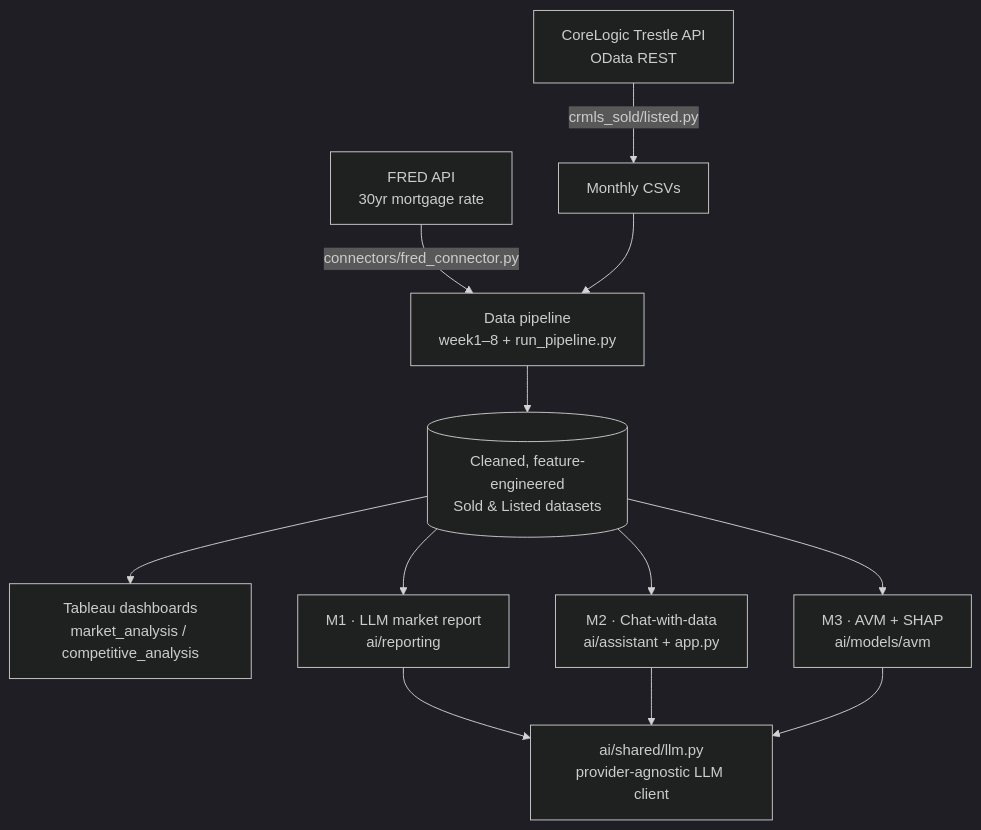
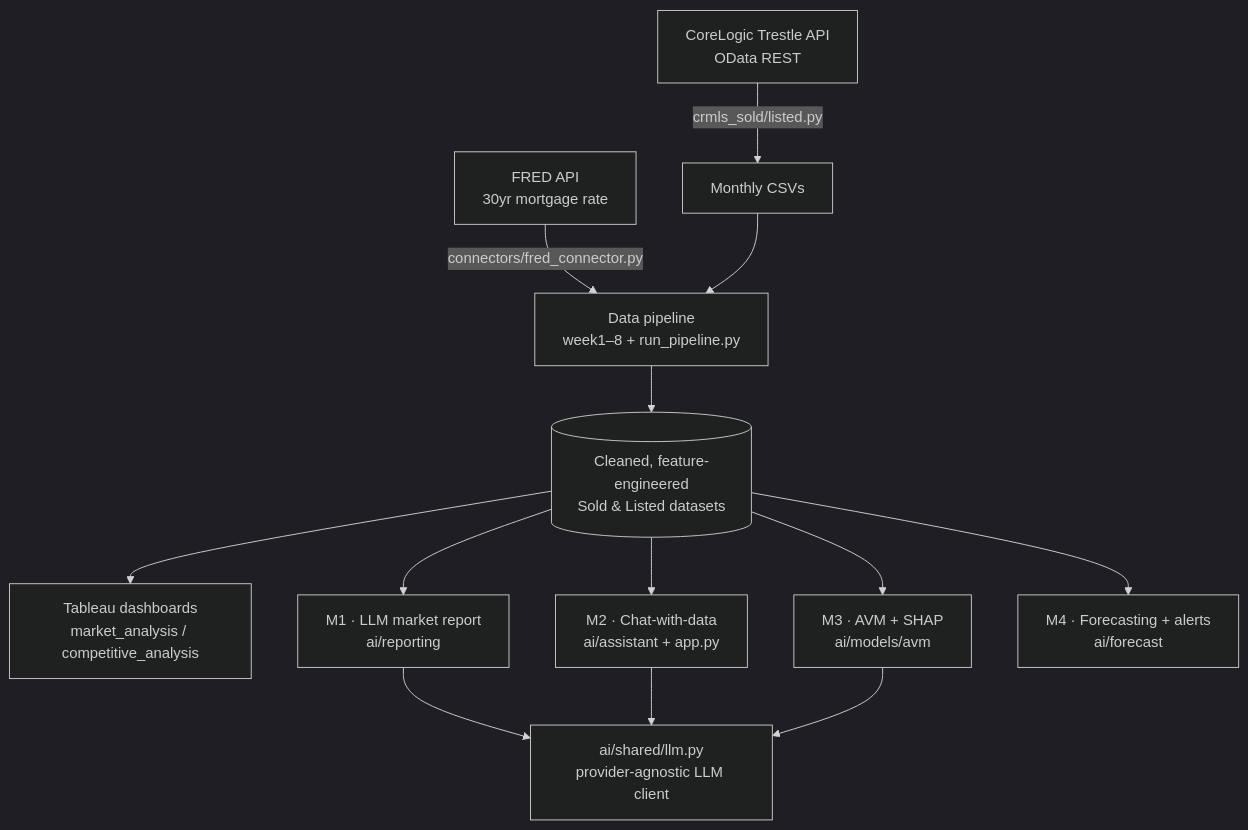
Before and after one commit to keeeeeeeee921/idxexchange_da: the diagram in README.md, drawn with Mermaid (dark theme). The commit also changed other lines of this file, not shown here.

Commit message:
Docs: add M4 forecasting to README

````diff
--- a/README.md
+++ b/README.md
@@ -23,12 +23,13 @@
 ```mermaid
 flowchart TD
     A[CoreLogic Trestle API<br/>OData REST] -->|crmls_sold/listed.py| B[Monthly CSVs]
     F[FRED API<br/>30yr mortgage rate] -->|connectors/fred_connector.py| C
     B --> C[Data pipeline<br/>week1–8 + run_pipeline.py]
     C --> D[(Cleaned, feature-engineered<br/>Sold & Listed datasets)]
     D --> E[Tableau dashboards<br/>market_analysis / competitive_analysis]
     D --> G[M1 · LLM market report<br/>ai/reporting]
     D --> H[M2 · Chat-with-data<br/>ai/assistant + app.py]
     D --> I[M3 · AVM + SHAP<br/>ai/models/avm]
+    D --> K[M4 · Forecasting + alerts<br/>ai/forecast]
     G & H & I --> J[ai/shared/llm.py<br/>provider-agnostic LLM client]
 ```
````
